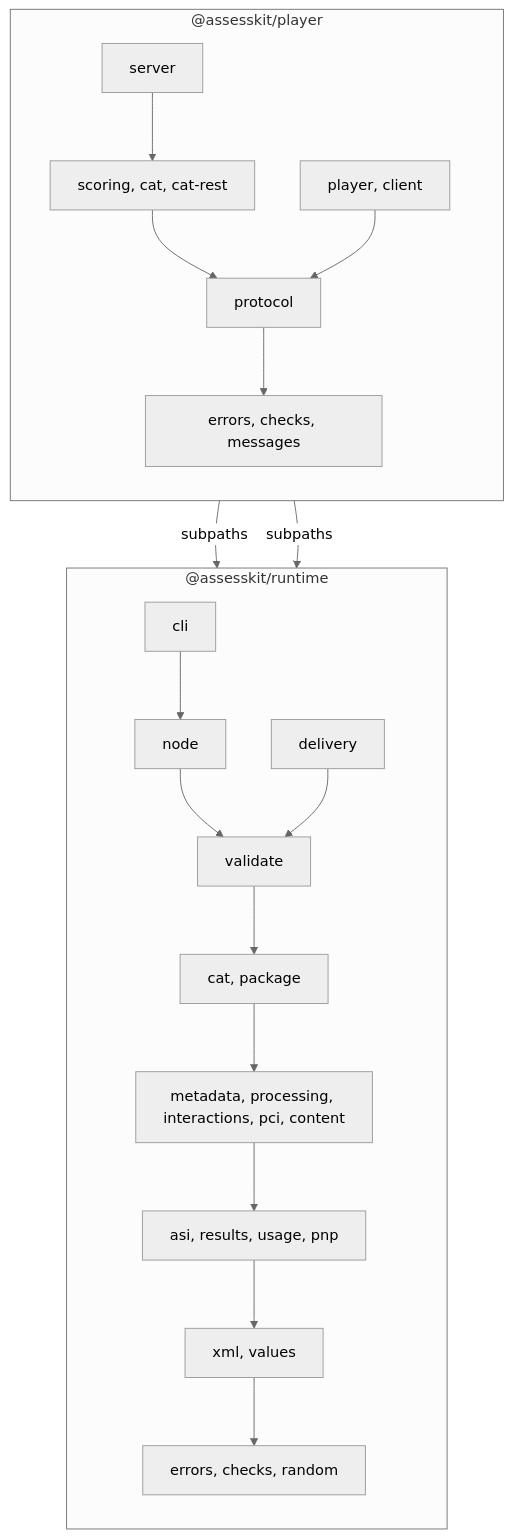
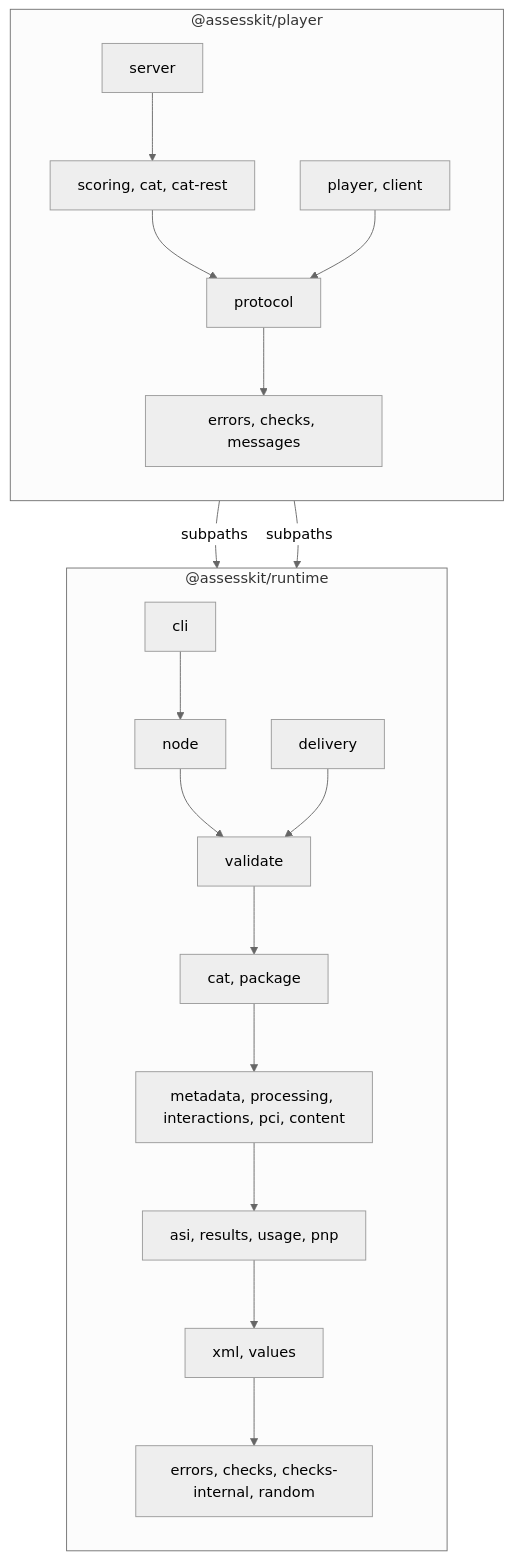
Before and after one commit to assesskit/assesskit: the diagram in docs/runtime/architecture.md, drawn with Mermaid (neutral theme). The commit also changed other lines of this file and 71 other files, not shown here.

````diff
--- a/docs/runtime/architecture.md
+++ b/docs/runtime/architecture.md
@@ -10,24 +10,24 @@
 ```mermaid
 flowchart TD
   subgraph player["@assesskit/player"]
     direction TB
     ps["server"] --> pk["scoring, cat, cat-rest"]
     pb["player, client"]
     pk --> pp["protocol"]
     pb --> pp
     pp --> pm["errors, checks, messages"]
   end
   subgraph runtime["@assesskit/runtime"]
     direction TB
     cli["cli"] --> node["node"]
     node --> validate["validate"]
     delivery["delivery"] --> validate
     validate --> l5["cat, package"]
     l5 --> l4["metadata, processing, interactions, pci, content"]
     l4 --> l3["asi, results, usage, pnp"]
     l3 --> l2["xml, values"]
-    l2 --> l1["errors, checks, random"]
+    l2 --> l1["errors, checks, checks-internal, random"]
   end
   pb -->|"subpaths"| delivery
   ps -->|"subpaths"| delivery
 ```
````
